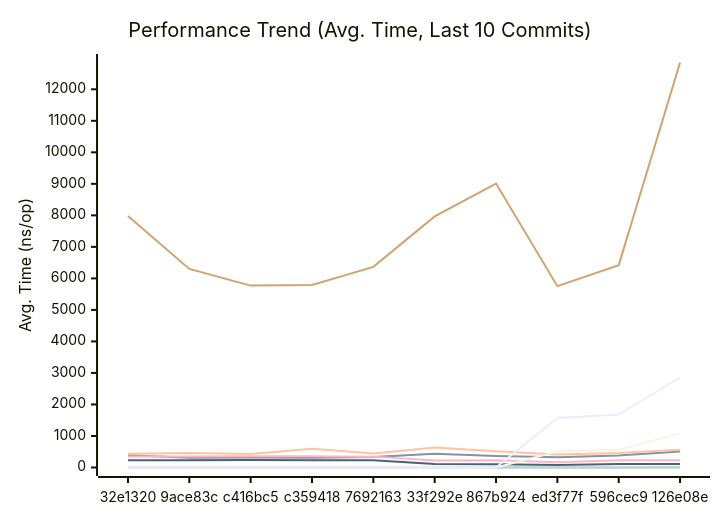
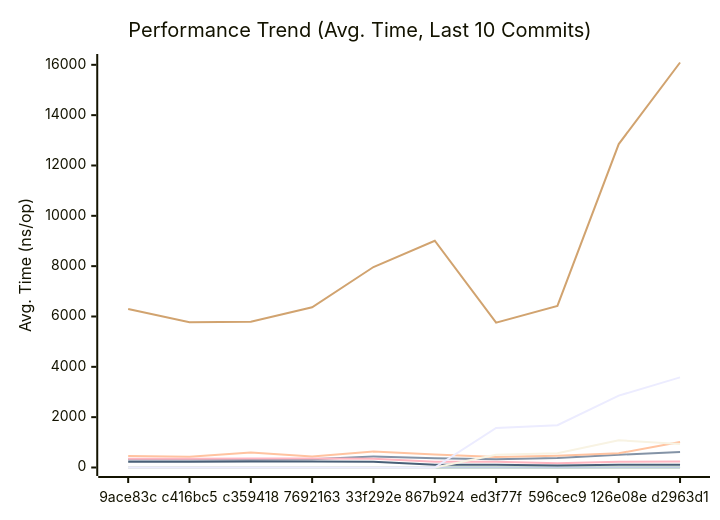
One commit to alsotoes/momo changed the first of 3 diagrams in docs/PERFORMANCE.md. Above: the diagram before and after it, drawn with Mermaid. The commit also changed other lines of this file and 2 other files, not shown here.

````diff
--- a/docs/PERFORMANCE.md
+++ b/docs/PERFORMANCE.md
@@ -128,18 +128,18 @@
 ```mermaid
 xychart-beta
     title "Performance Trend (Avg. Time, Last 10 Commits)"
     x-axis "Commit"
     y-axis "Avg. Time (ns/op)"
-    x-axis [32e1320,9ace83c,c416bc5,c359418,7692163,33f292e,867b924,ed3f77f,596cec9,126e08e]
-    line "CheckMetricsAndSwap" [8,9,8,8,9,13,13,8,9,22]
-    line "CrushOptimized" [386,313,315,308,332,438,367,326,382,508]
-    line "CrushOriginal" [433,459,426,593,442,635,518,416,464,564]
-    line "IndexDirectTracking" [0,0,0,0,0,0,1,0,0,1]
-    line "IndexSearch" [3,3,3,3,3,3,4,2,2,2]
-    line "LoadGlobalConfig" [7976,6301,5771,5790,6366,7966,9009,5754,6420,12850]
-    line "PadString" [2,2,2,2,2,2,3,2,3,4]
+    x-axis [9ace83c,c416bc5,c359418,7692163,33f292e,867b924,ed3f77f,596cec9,126e08e,d2963d1]
+    line "CheckMetricsAndSwap" [9,8,8,9,13,13,8,9,22,17]
+    line "CrushOptimized" [313,315,308,332,438,367,326,382,508,611]
+    line "CrushOriginal" [459,426,593,442,635,518,416,464,564,1014]
+    line "IndexDirectTracking" [0,0,0,0,0,1,0,0,1,1]
+    line "IndexSearch" [3,3,3,3,3,4,2,2,2,3]
+    line "LoadGlobalConfig" [6301,5771,5790,6366,7966,9009,5754,6420,12850,16092]
+    line "PadString" [2,2,2,2,2,3,2,3,4,4]
     line "ParseReplicationOrder_NoPrealloc" [350,349,357,354,345,225,229,165,232,234]
     line "ParseReplicationOrder_Prealloc" [229,231,237,234,229,108,107,80,110,109]
-    line "SanitizeLog/Safe" [0,0,0,0,0,0,0,510,564,1086]
-    line "SanitizeLog/Unsafe" [0,0,0,0,0,0,0,1574,1680,2855]
+    line "SanitizeLog/Safe" [0,0,0,0,0,0,510,564,1086,932]
+    line "SanitizeLog/Unsafe" [0,0,0,0,0,0,1574,1680,2855,3581]
 ```
````
